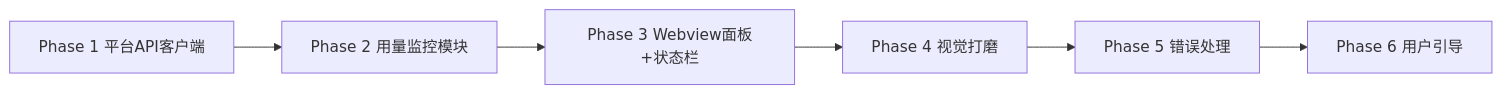
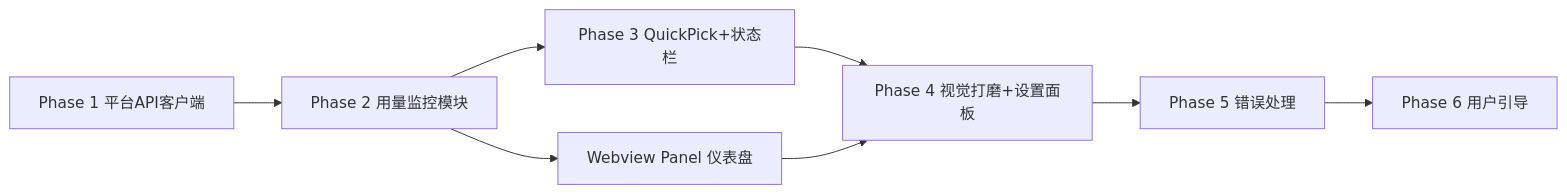
One commit to geekmister/vscode-deepseek-usage changed the diagram in docs/v1.0.1-iteration.md. Above: the diagram before and after it, drawn with Mermaid. The commit also changed other lines of this file and 10 other files, not shown here.

First line of the commit message:
feat: add usage statistics with QuickPick panel and inline settings

````diff
--- a/docs/v1.0.1-iteration.md
+++ b/docs/v1.0.1-iteration.md
@@ -980,8 +950,10 @@
 ```mermaid
 flowchart LR
     P1[Phase 1 平台API客户端] --> P2[Phase 2 用量监控模块]
-    P2 --> P3[Phase 3 Webview面板+状态栏]
-    P3 --> P4[Phase 4 视觉打磨]
+    P2 --> P3[Phase 3 QuickPick+状态栏]
+    P2 --> P3b[Webview Panel 仪表盘]
+    P3 --> P4[Phase 4 视觉打磨+设置面板]
+    P3b --> P4
     P4 --> P5[Phase 5 错误处理]
     P5 --> P6[Phase 6 用户引导]
 ```
````
